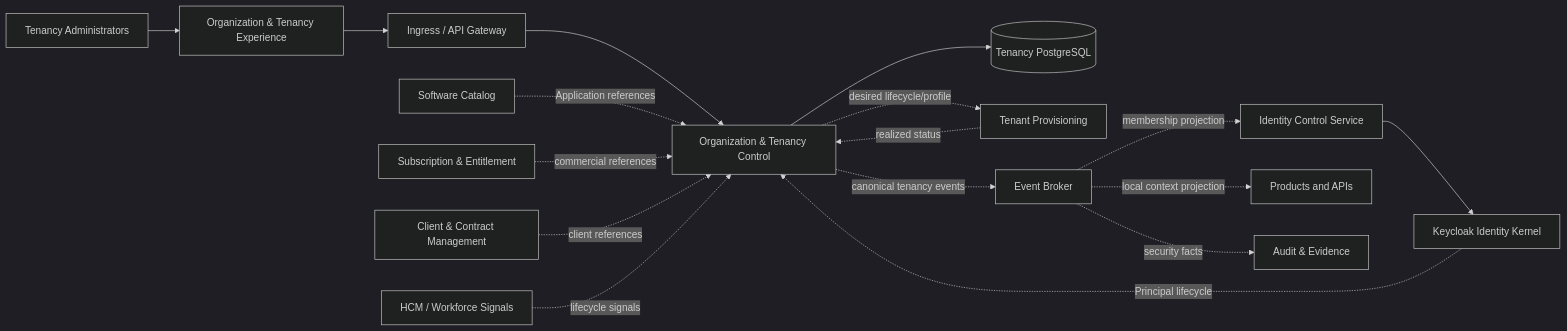
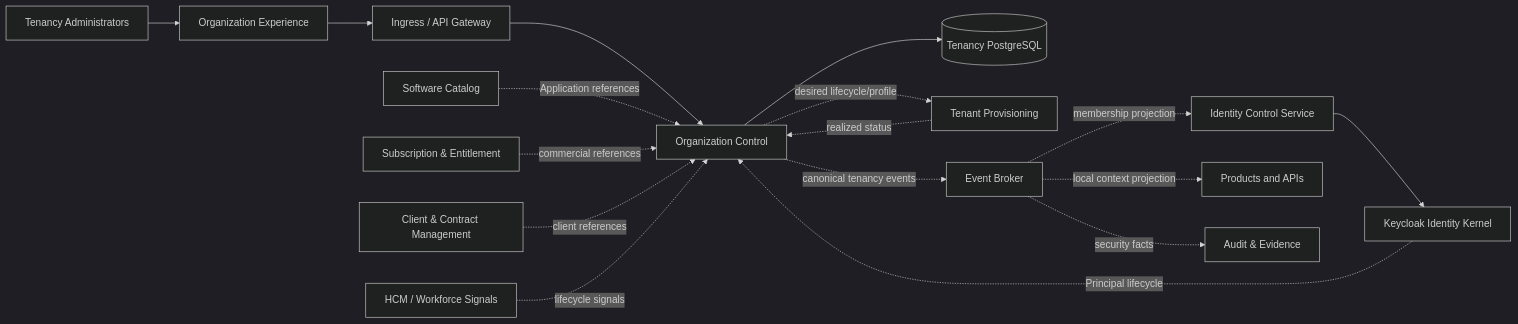
The first of 8 diagrams in 04-system/scnehaux-organization/scnehaux-organization-control.sad.md (anshacerbia2/scnehaux-architecture), drawn with Mermaid (dark theme) before and after one commit. The commit also changed other lines of this file and 45 other files, not shown here.

Commit message:
Align identity and tenancy architecture baseline

````diff
--- a/04-system/scnehaux-organization/scnehaux-organization-control.sad.md
+++ b/04-system/scnehaux-organization/scnehaux-organization-control.sad.md
@@ -92,37 +92,37 @@
 ```mermaid
 graph LR
     ADMIN[Tenancy Administrators]
-    UI[Organization & Tenancy Experience]
+    UI[Organization Experience]
     EDGE[Ingress / API Gateway]
-    TEN[Organization & Tenancy Control]
+    TEN[Organization Control]
     DB[(Tenancy PostgreSQL)]
     IAMCTRL[Identity Control Service]
     IAM[Keycloak Identity Kernel]
     CAT[Software Catalog]
     ENT[Subscription & Entitlement]
     CLIENT[Client & Contract Management]
     HCM[HCM / Workforce Signals]
     PROV[Tenant Provisioning]
     BUS[Event Broker]
     PROD[Products and APIs]
     AUDIT[Audit & Evidence]
 
     ADMIN --> UI
     UI --> EDGE
     EDGE --> TEN
     TEN --> DB
 
     IAM -. Principal lifecycle .-> TEN
     CAT -. Application references .-> TEN
     ENT -. commercial references .-> TEN
     CLIENT -. client references .-> TEN
     HCM -. lifecycle signals .-> TEN
     TEN -. desired lifecycle/profile .-> PROV
     PROV -. realized status .-> TEN
 
     TEN -. canonical tenancy events .-> BUS
     BUS -. membership projection .-> IAMCTRL
     IAMCTRL --> IAM
     BUS -. local context projection .-> PROD
     BUS -. security facts .-> AUDIT
 ```
````
